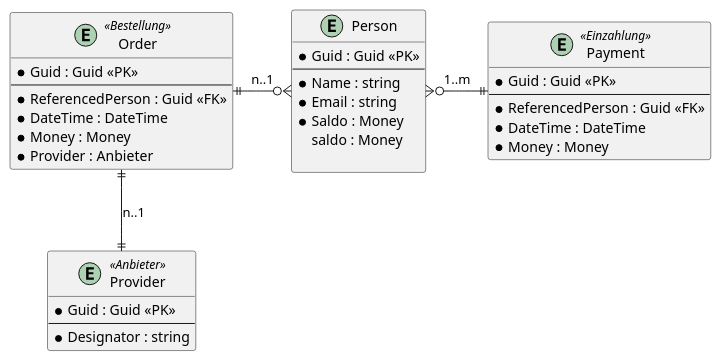
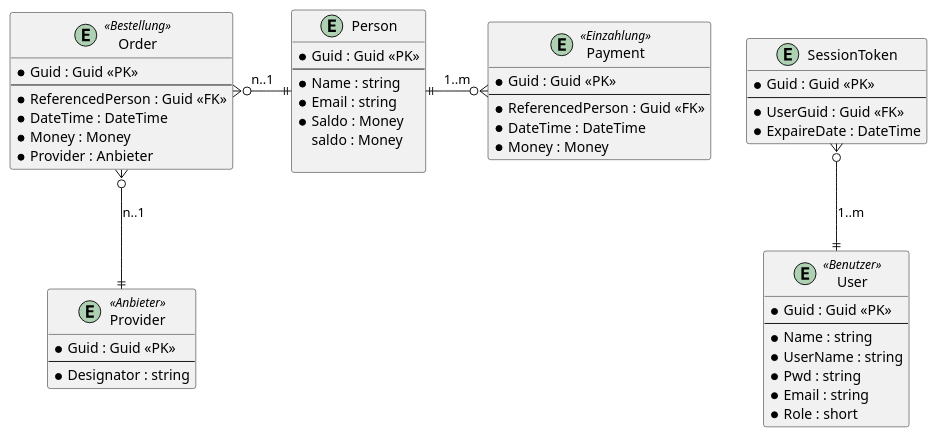
The diagram in documentation/database/erm.puml (Kretchen001/Essenskasse), drawn with PlantUML before and after one commit. The commit also changed 3 other files, not shown here.

```diff
--- a/documentation/database/erm.puml
+++ b/documentation/database/erm.puml
@@ -1,40 +1,59 @@
 @startuml Database
 
     entity Provider <<Anbieter>>  {
         * Guid : Guid <<PK>>
         --
         * Designator : string
     }
 
     entity Person {
         * Guid : Guid <<PK>>
         --
         * Name : string
         * Email : string
         * Saldo : Money
         saldo : Money
 
     }
 
     entity Order <<Bestellung>> {
         * Guid : Guid <<PK>>
         --
         * ReferencedPerson : Guid <<FK>>
         * DateTime : DateTime
         * Money : Money
         * Provider : Anbieter
     }
 
     entity Payment <<Einzahlung>> {
         * Guid : Guid <<PK>>
         --
         * ReferencedPerson : Guid <<FK>>
         * DateTime : DateTime
         * Money : Money
     }
 
-    Order ||-right-o{ Person : n..1
-    Payment ||-left-o{ Person : 1..m
-    Order ||-down-|| Provider : n..1
+    entity User <<Benutzer>> {
+        * Guid : Guid <<PK>>
+        --
+        * Name : string
+        * UserName : string
+        * Pwd : string
+        * Email : string
+        * Role : short
+    }
+
+    entity SessionToken {
+        * Guid : Guid <<PK>>
+        --
+        * UserGuid : Guid <<FK>>
+        * ExpaireDate : DateTime
+    }
+
+    Order }o-right-|| Person : n..1
+    Payment }o-left-|| Person : 1..m
+    Order }o-down-|| Provider : n..1
+
+    SessionToken }o--|| User : 1..m
 
 @enduml
```
